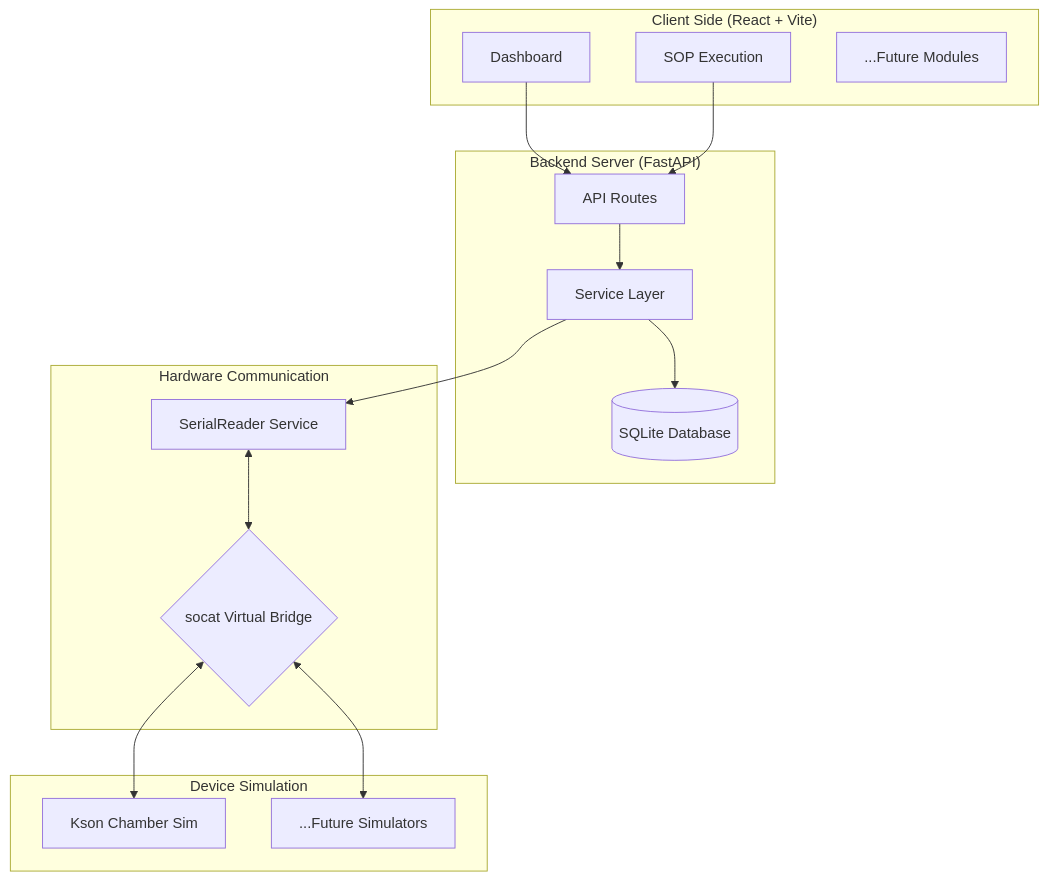
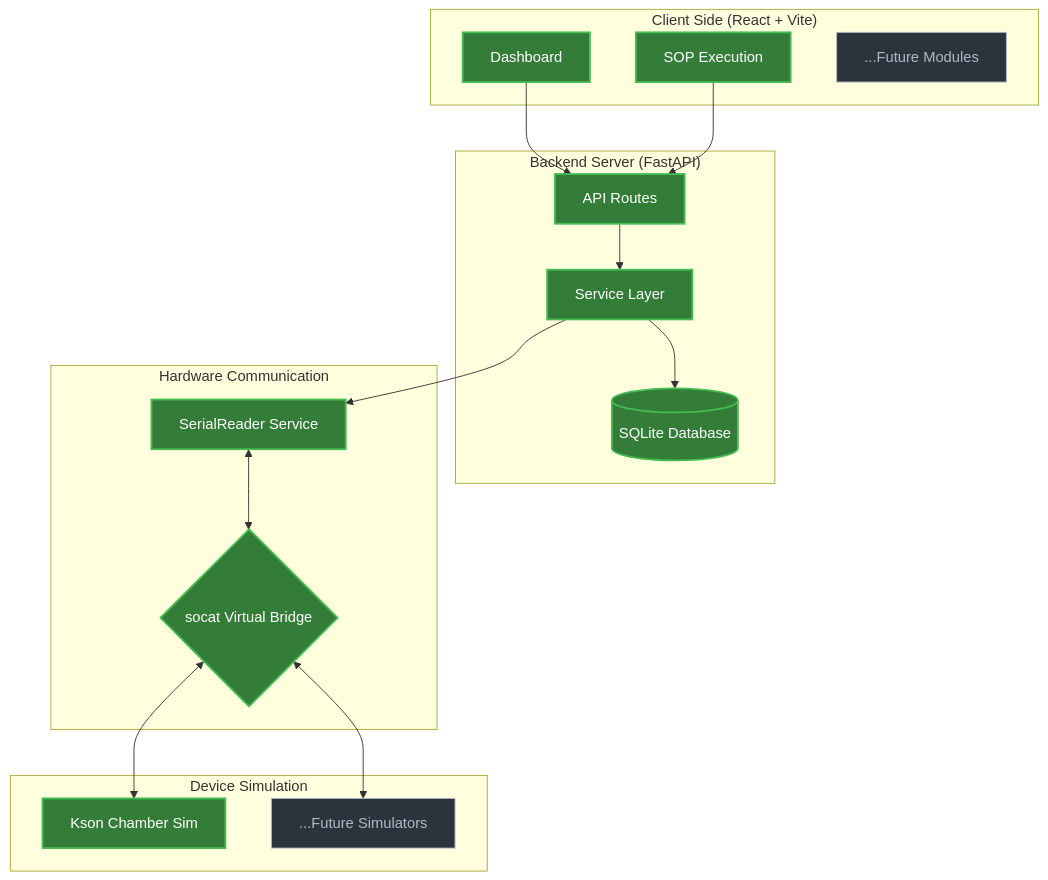
Before and after one commit to tsaishengsheng-sketch/dqa-lab-digital-twin: the diagram in README.md, drawn with Mermaid.

Commit message:
docs: 完善 README，加入 Mermaid 架構圖與啟動說明

````diff
--- a/README.md
+++ b/README.md
@@ -15,32 +15,41 @@
 ```mermaid
 graph TD
+    %% 全域樣式設定，讓方框更有質感
+    classDef default fill:#2d333b,stroke:#adbac7,color:#adbac7,stroke-width:1px;
+    classDef highlight fill:#347d39,stroke:#44bc51,color:#fff,stroke-width:2px;
+
     subgraph "Client Side (React + Vite)"
         A[Dashboard]
         B[SOP Execution]
         C[...Future Modules]
     end
-  
+
     subgraph "Backend Server (FastAPI)"
         D[API Routes]
         E[Service Layer]
         F[(SQLite Database)]
         D --> E
         E --> F
     end
 
     subgraph "Hardware Communication"
         G[SerialReader Service]
         H{socat Virtual Bridge}
     end
 
     subgraph "Device Simulation"
         I[Kson Chamber Sim]
         J[...Future Simulators]
     end
 
     %% 連線關係
     A & B --> D
     E --> G
     G <--> H
     H <--> I & J
+
+    %% 套用樣式：將已完成的部分稍微加亮，其餘保持低調灰色
+    class A,B,D,E,F,G,H,I highlight;
+
+
 ```
````
